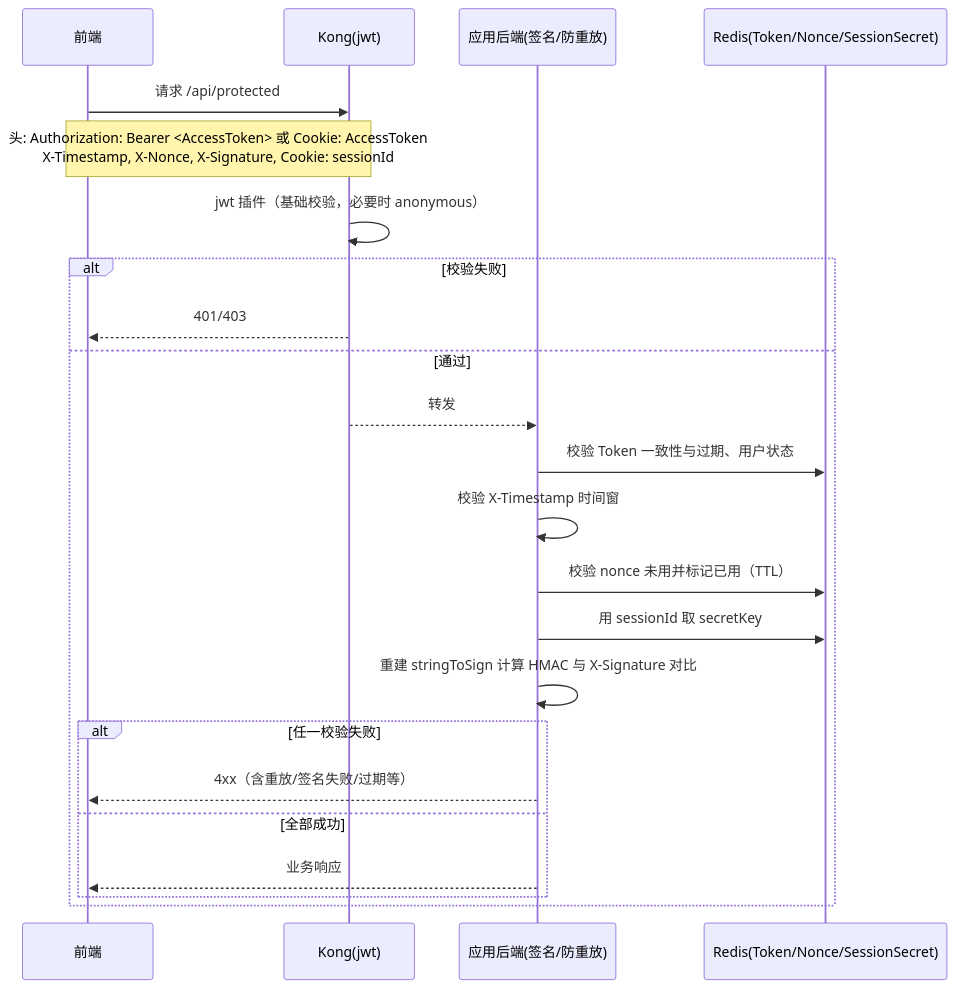
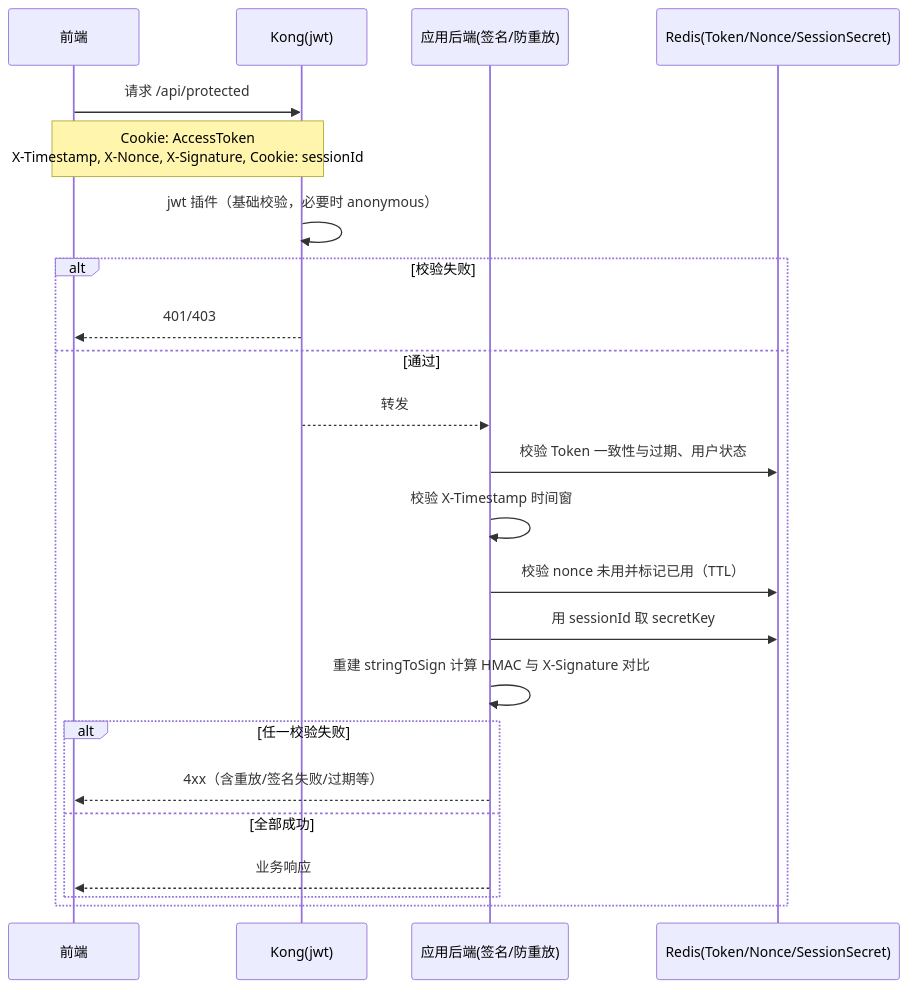
The diagram in all/未命名-3.md (yingjianzh/iodraw-files), drawn with Mermaid before and after one commit.

Commit message:
2025-10-14 17:24:04 update

````diff
--- a/all/未命名-3.md
+++ b/all/未命名-3.md
@@ -1,27 +1,27 @@
 ```mermaid
 sequenceDiagram
     participant FE as 前端
     participant Kong as Kong(jwt)
     participant App as 应用后端(签名/防重放)
     participant Redis as Redis(Token/Nonce/SessionSecret)
 
     FE->>Kong: 请求 /api/protected
-    Note over FE,Kong: 头: Authorization: Bearer <AccessToken> 或 Cookie: AccessToken<br/>X-Timestamp, X-Nonce, X-Signature, Cookie: sessionId
+    Note over FE,Kong: Cookie: AccessToken<br/>X-Timestamp, X-Nonce, X-Signature, Cookie: sessionId
 
     Kong->>Kong: jwt 插件（基础校验，必要时 anonymous）
     alt 校验失败
       Kong-->>FE: 401/403
     else 通过
       Kong-->>App: 转发
       App->>Redis: 校验 Token 一致性与过期、用户状态
       App->>App: 校验 X-Timestamp 时间窗
       App->>Redis: 校验 nonce 未用并标记已用（TTL）
       App->>Redis: 用 sessionId 取 secretKey
       App->>App: 重建 stringToSign 计算 HMAC 与 X-Signature 对比
       alt 任一校验失败
         App-->>FE: 4xx（含重放/签名失败/过期等）
       else 全部成功
         App-->>FE: 业务响应
       end
     end
 ```
````
